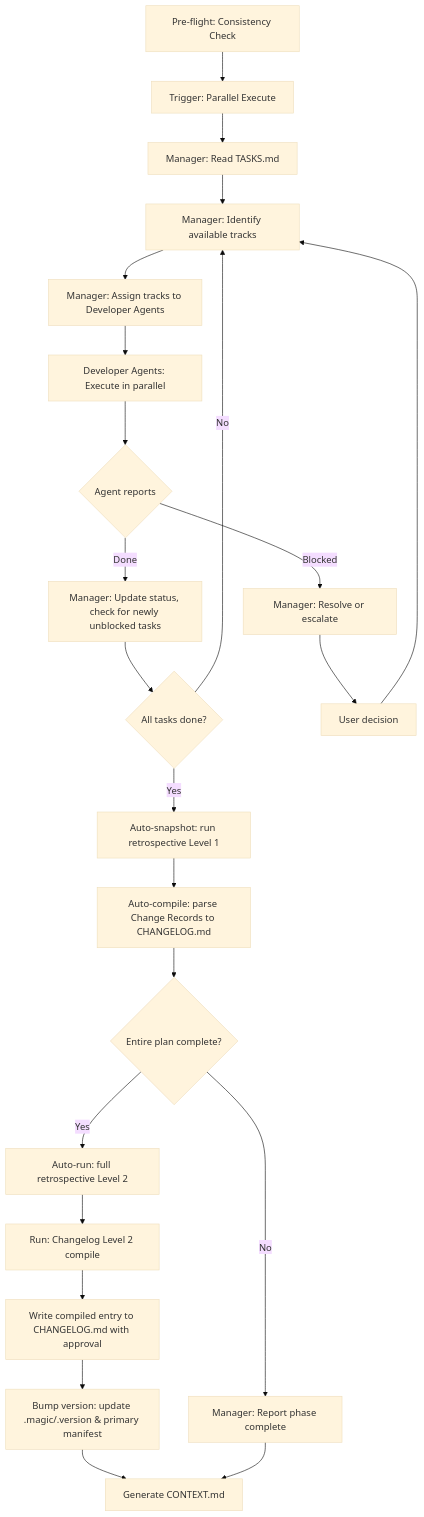
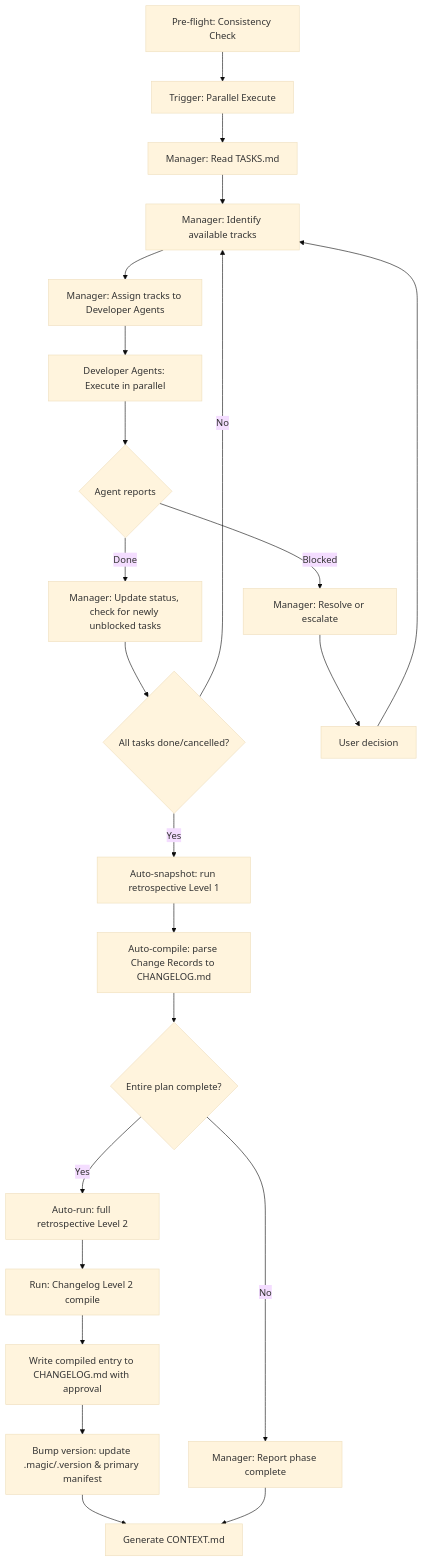
One commit to teratron/magic-spec changed the second of 2 diagrams in .magic/run.md. Above: the diagram before and after it, drawn with Mermaid (base theme). The commit also changed other lines of this file and 22 other files, not shown here.

````diff
--- a/.magic/run.md
+++ b/.magic/run.md
@@ -131,25 +132,25 @@
 ```mermaid
 graph TD
     Z["Pre-flight: Consistency Check"] --> A
     A[Trigger: Parallel Execute] --> B[Manager: Read TASKS.md]
     B --> C[Manager: Identify available tracks]
     C --> D[Manager: Assign tracks to Developer Agents]
     D --> E[Developer Agents: Execute in parallel]
     E --> F{Agent reports}
     F -->|Done| G[Manager: Update status, check for newly unblocked tasks]
     F -->|Blocked| H[Manager: Resolve or escalate]
-    G --> I{All tasks done?}
+    G --> I{All tasks done/cancelled?}
     I -->|No| C
     I -->|Yes| J[Auto-snapshot: run retrospective Level 1]
     J --> J1[Auto-compile: parse Change Records to CHANGELOG.md]
     J1 --> L{Entire plan complete?}
     L -->|Yes| M[Auto-run: full retrospective Level 2]
     M --> M1[Run: Changelog Level 2 compile]
     M1 --> N1[Write compiled entry to CHANGELOG.md with approval]
     N1 --> N2[Bump version: update .magic/.version & primary manifest]
     N2 --> O[Generate CONTEXT.md]
     L -->|No| N[Manager: Report phase complete]
     N --> O
     H --> K[User decision]
     K --> C
 ```
````
